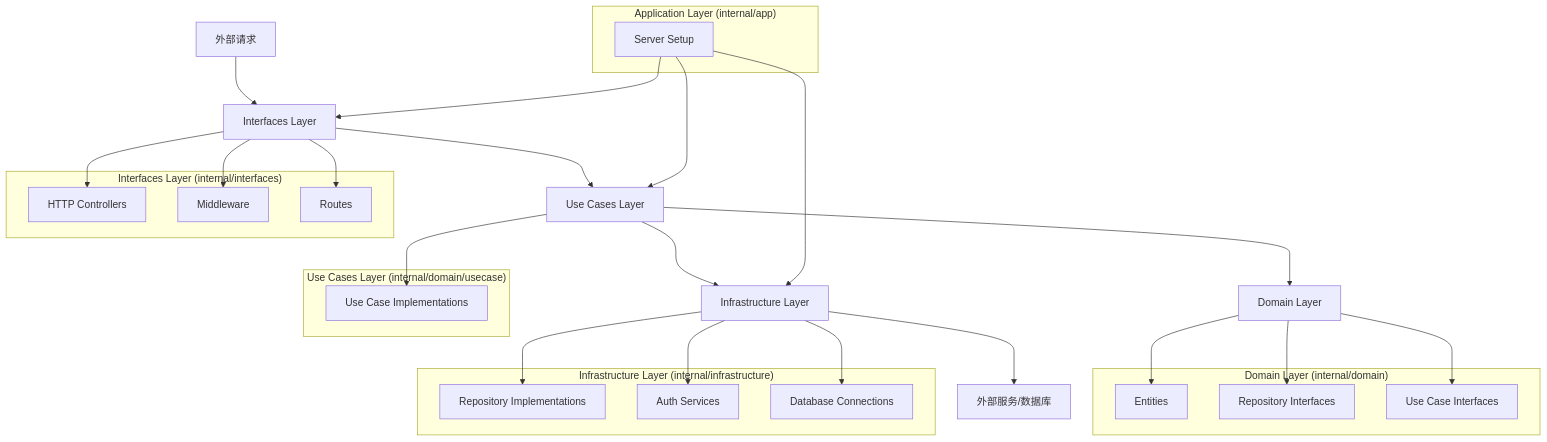
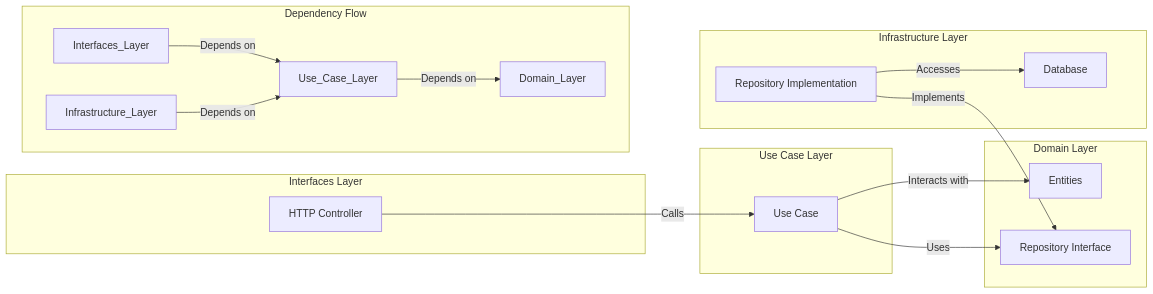
Before and after one commit to kirklin/boot-backend-go-clean: the diagram in README.md, drawn with Mermaid. The commit also changed other lines of this file and 1 other file, not shown here.

````diff
--- a/README.md
+++ b/README.md
@@ -37,48 +40,33 @@
 ```mermaid
-graph TD
-    A[外部请求] --> B[Interfaces Layer]
-    B --> C[Use Cases Layer]
-    C --> D[Domain Layer]
-    C --> E[Infrastructure Layer]
-    E --> F[外部服务/数据库]
-
-    subgraph "Domain Layer (internal/domain)"
-        D1[Entities]
-        D2[Repository Interfaces]
-        D3[Use Case Interfaces]
+graph LR
+    subgraph "Interfaces Layer"
+        A[HTTP Controller]
+    end
+    
+    subgraph "Use Case Layer"
+        B[Use Case]
     end
 
-    subgraph "Use Cases Layer (internal/domain/usecase)"
-        C1[Use Case Implementations]
+    subgraph "Domain Layer"
+        C[Entities]
+        D[Repository Interface]
     end
 
-    subgraph "Interfaces Layer (internal/interfaces)"
-        B1[HTTP Controllers]
-        B2[Middleware]
-        B3[Routes]
+    subgraph "Infrastructure Layer"
+        E[Repository Implementation]
+        F[Database]
     end
 
-    subgraph "Infrastructure Layer (internal/infrastructure)"
-        E1[Repository Implementations]
-        E2[Auth Services]
-        E3[Database Connections]
+    A -- Calls --> B
+    B -- Uses --> D
+    B -- Interacts with --> C
+    E -- Implements --> D
+    E -- Accesses --> F
+    
+    subgraph "Dependency Flow"
+        direction LR
+        Interfaces_Layer -- Depends on --> Use_Case_Layer
+        Infrastructure_Layer -- Depends on --> Use_Case_Layer
+        Use_Case_Layer -- Depends on --> Domain_Layer
     end
-
-    subgraph "Application Layer (internal/app)"
-        G[Server Setup]
-    end
-
-    D --> D1
-    D --> D2
-    D --> D3
-    C --> C1
-    B --> B1
-    B --> B2
-    B --> B3
-    E --> E1
-    E --> E2
-    E --> E3
-    G --> B
-    G --> C
-    G --> E
 ```
````
